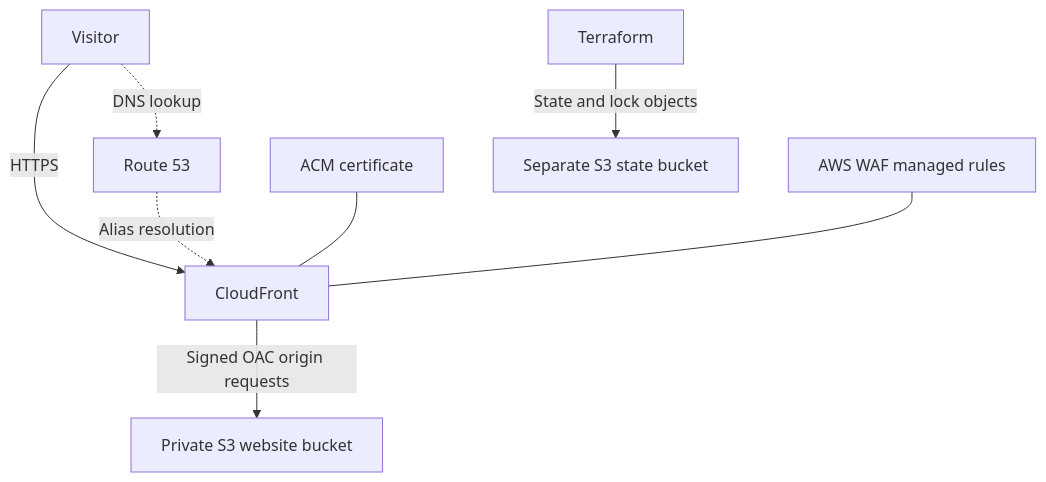
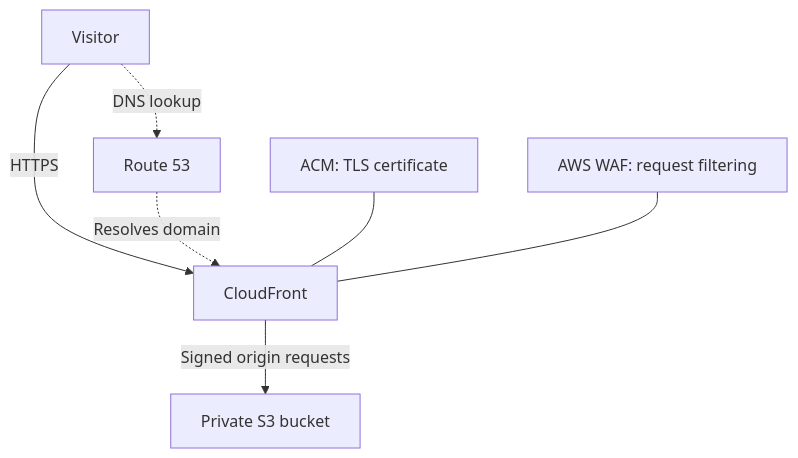
Before and after one commit to ekincibaris/baris-hu-terraform: the diagram in README.md, drawn with Mermaid. The commit also changed other lines of this file, not shown here.

````diff
--- a/README.md
+++ b/README.md
@@ -15,10 +31,9 @@
 ```mermaid
 flowchart TD
-    Visitor["Visitor"] -->|"HTTPS"| Edge["CloudFront"]
+    Visitor["Visitor"] -->|"HTTPS"| CDN["CloudFront"]
     Visitor -.->|"DNS lookup"| DNS["Route 53"]
-    DNS -.->|"Alias resolution"| Edge
-    TLS["ACM certificate"] --- Edge
-    WAF["AWS WAF managed rules"] --- Edge
-    Edge -->|"Signed OAC origin requests"| Site["Private S3 website bucket"]
-    Terraform["Terraform"] -->|"State and lock objects"| State["Separate S3 state bucket"]
+    DNS -.->|"Resolves domain"| CDN
+    Certificate["ACM: TLS certificate"] --- CDN
+    Firewall["AWS WAF: request filtering"] --- CDN
+    CDN -->|"Signed origin requests"| Bucket["Private S3 bucket"]
 ```
````
